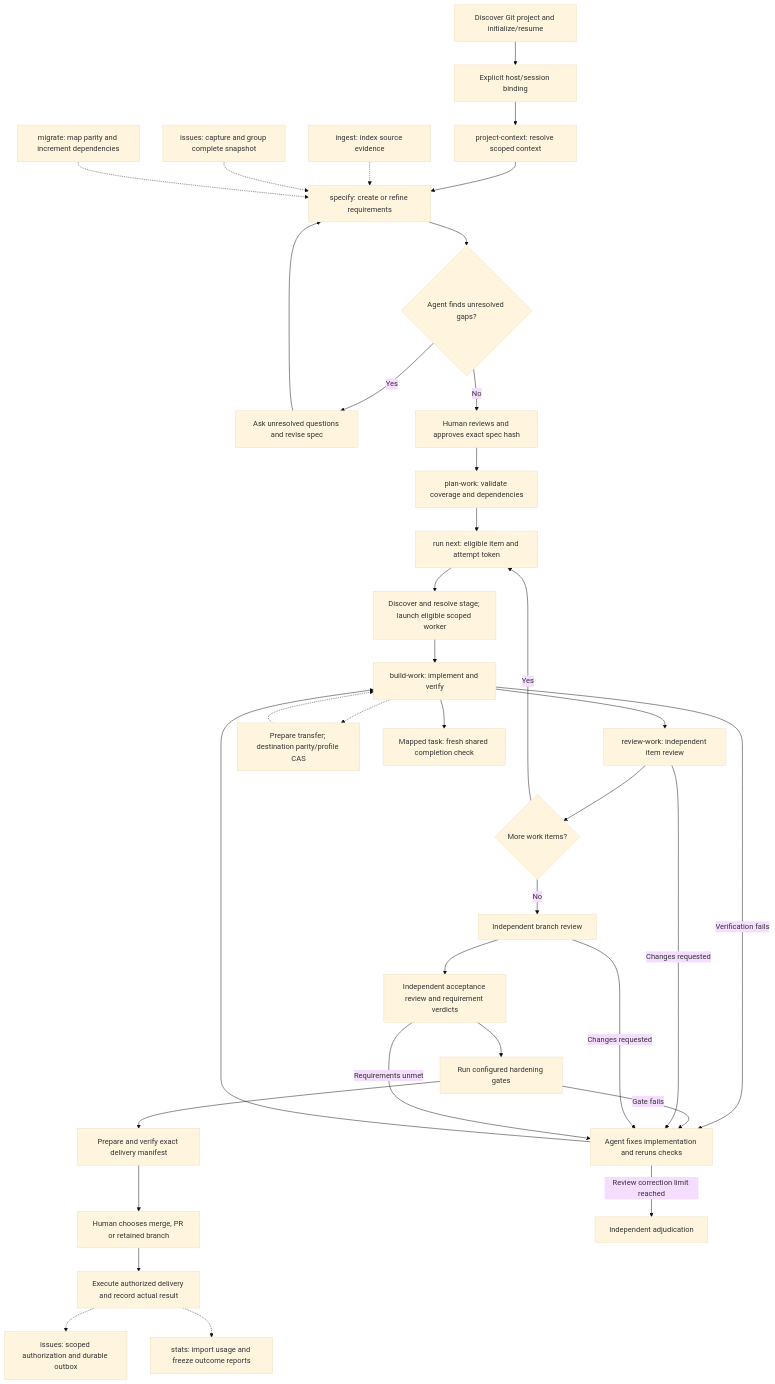
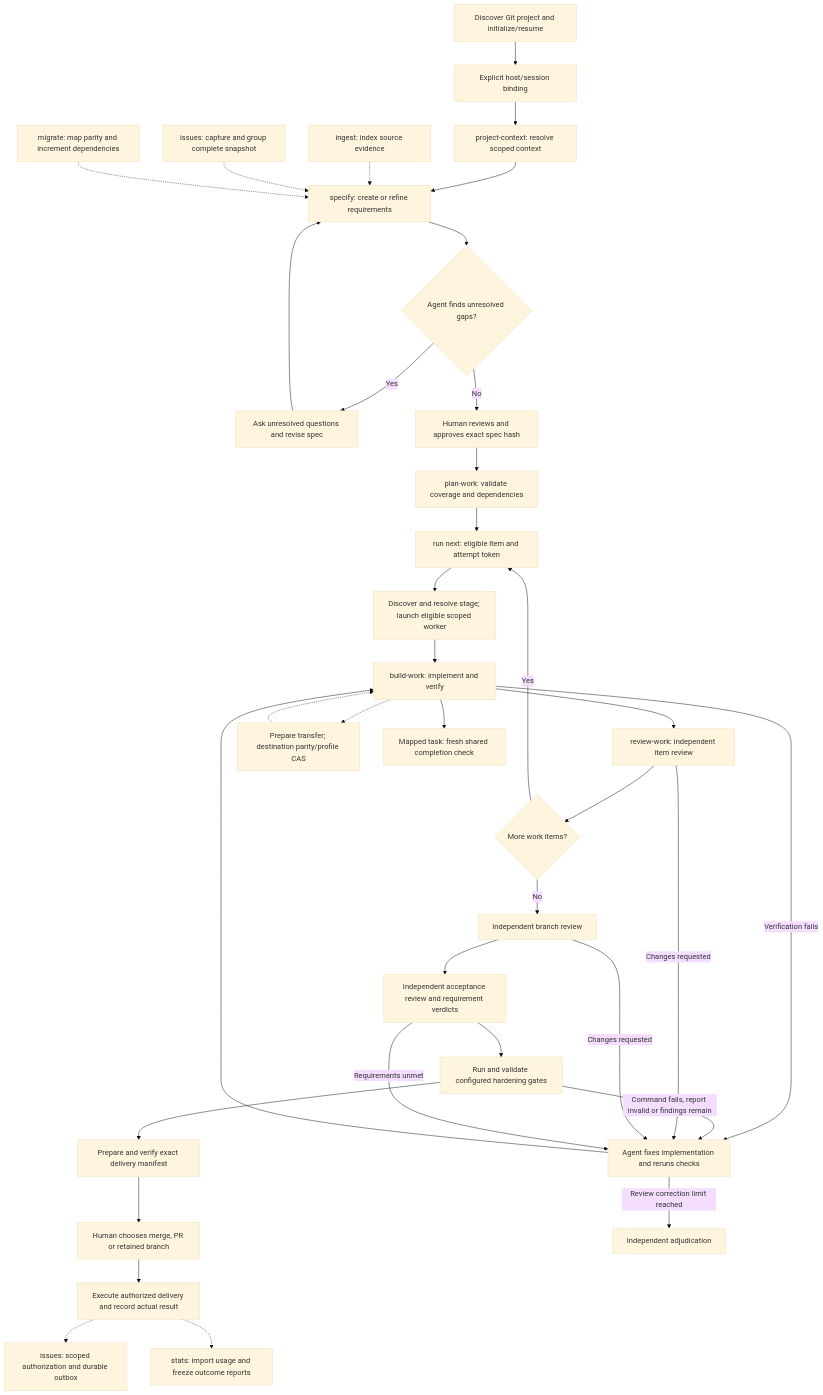
The diagram in skills/workflow/SKILL.md (wgentil/devflow), drawn with Mermaid (base theme) before and after one commit. The commit also changed other lines of this file and 9 other files, not shown here.

````diff
--- a/skills/workflow/SKILL.md
+++ b/skills/workflow/SKILL.md
@@ -15,37 +15,37 @@
 ```mermaid
 flowchart TD
     Init["Discover Git project and initialize/resume"] --> Attach["Explicit host/session binding"]
     Attach --> Context["project-context: resolve scoped context"] --> Spec["specify: create or refine requirements"]
     Sources["ingest: index source evidence"] -.-> Spec
     Issues["issues: capture and group complete snapshot"] -.-> Spec
     Migration["migrate: map parity and increment dependencies"] -.-> Spec
     Spec --> Gaps{"Agent finds unresolved gaps?"}
     Gaps -->|Yes| Interview["Ask unresolved questions and revise spec"]
     Interview --> Spec
     Gaps -->|No| Approval["Human reviews and approves exact spec hash"]
     Approval --> Plan["plan-work: validate coverage and dependencies"]
     Plan --> Next["run next: eligible item and attempt token"]
     Next --> Model["Discover and resolve stage; launch eligible scoped worker"]
     Model --> Build["build-work: implement and verify"]
     Build --> Item["review-work: independent item review"]
     Item --> More{"More work items?"}
     More -->|Yes| Next
     More -->|No| Branch["Independent branch review"]
     Branch --> Accept["Independent acceptance review and requirement verdicts"]
-    Accept --> Harden["Run configured hardening gates"]
+    Accept --> Harden["Run and validate configured hardening gates"]
     Harden --> Manifest["Prepare and verify exact delivery manifest"]
     Manifest --> Choice["Human chooses merge, PR or retained branch"]
     Choice --> Delivered["Execute authorized delivery and record actual result"]
     Delivered -.-> Reconcile["issues: scoped authorization and durable outbox"]
     Delivered -.-> Stats["stats: import usage and freeze outcome reports"]
     Build -->|Verification fails| Fix["Agent fixes implementation and reruns checks"]
-    Harden -->|Gate fails| Fix
+    Harden -->|Command fails, report invalid or findings remain| Fix
     Item -->|Changes requested| Fix
     Branch -->|Changes requested| Fix
     Accept -->|Requirements unmet| Fix
     Fix --> Build
     Build -.-> Handoff["Prepare transfer; destination parity/profile CAS"]
     Handoff -.-> Build
     Build --> Complete["Mapped task: fresh shared completion check"]
     Fix -->|Review correction limit reached| Adjudicate["Independent adjudication"]
 ```
````
